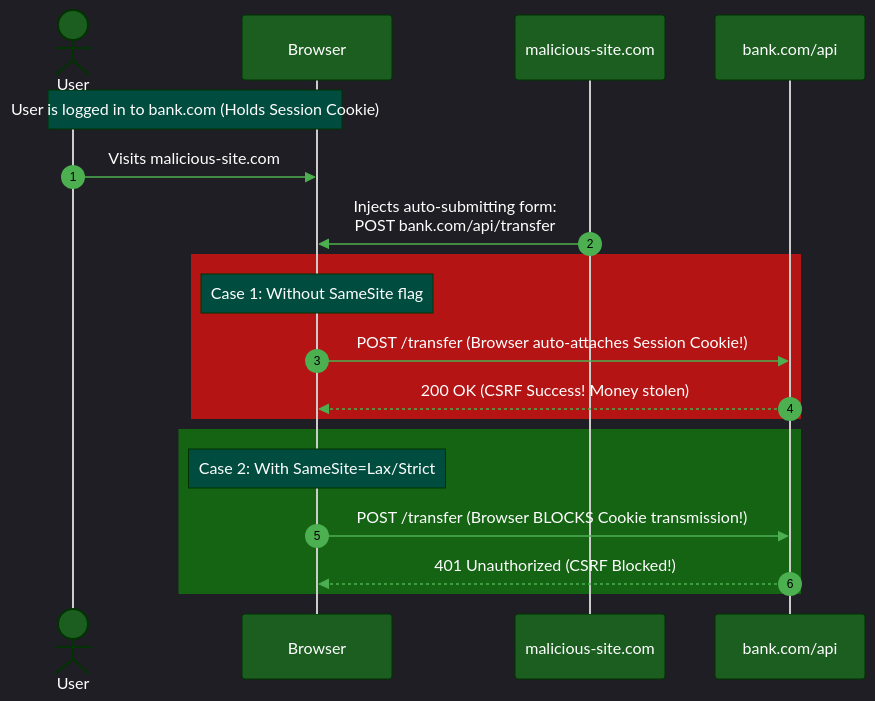
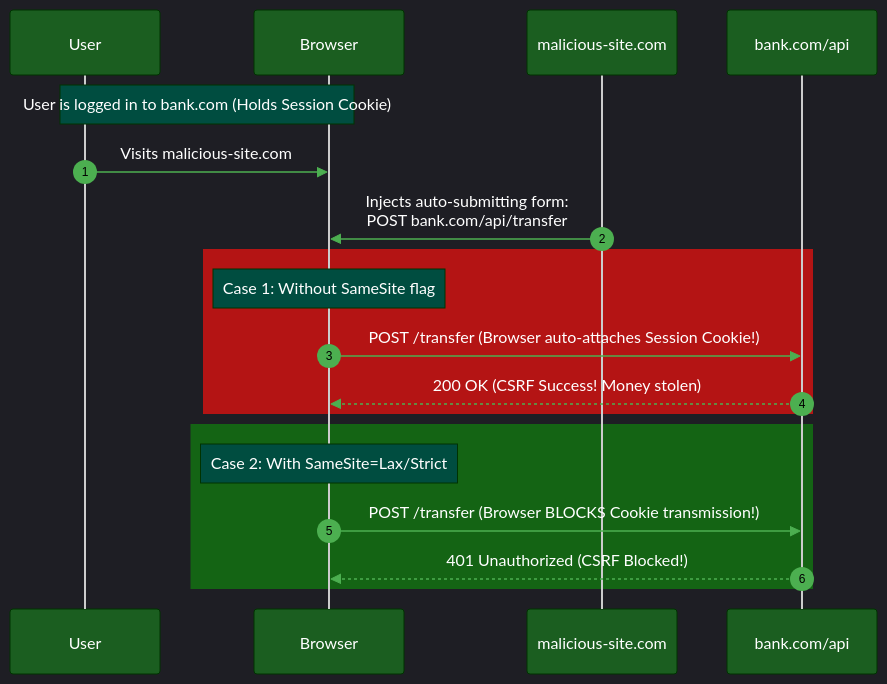
One commit to GuideStack/iblogger-feeds changed the first of 2 diagrams in feeds/security/auth-and-identity-patterns/07-browser-storage-security.md. Above: the diagram before and after it, drawn with Mermaid. The commit also changed 4 other files, not shown here.

Commit message:
style(visual): upgrade remaining sequence diagrams to participant boxes with contrast outlines

````diff
--- a/feeds/security/auth-and-identity-patterns/07-browser-storage-security.md
+++ b/feeds/security/auth-and-identity-patterns/07-browser-storage-security.md
@@ -79,28 +79,28 @@
 ```mermaid
 %%{init: {'theme': 'dark', 'themeVariables': {'actorBkg': '#1b5e20', 'actorBorder': '#003300', 'actorTextColor': '#ffffff', 'signalColor': '#4caf50', 'signalTextColor': '#ffffff', 'noteBkgColor': '#004d40', 'noteBorderColor': '#003300', 'noteTextColor': '#ffffff', 'activationBkgColor': '#2e7d32', 'activationBorderColor': '#003300', 'labelBoxBkgColor': '#003300', 'labelTextColor': '#ffffff', 'loopTextColor': '#ffffff',
     'background': '#1e1e1e'},
-  'themeCSS': 'svg { background-color: #1e1e1e !important; padding: 1rem !important; border-radius: 8px !important; } .edgeLabel rect { fill: #1e1e1e !important; } text, tspan, .messageText, .signalText, .edgeLabel, .edgeLabel span, .pointLabel, .axisLabel, .quadrantTitle, .quadrantLabel { fill: #ffffff !important; color: #ffffff !important; stroke: none !important; }'
+  'themeCSS': 'svg { background-color: #1e1e1e !important; padding: 1rem !important; border-radius: 8px !important; } .edgeLabel rect { fill: #1e1e1e !important; } text, tspan { fill: #ffffff !important; } .messageText, .messageText tspan, .signalText, .signalText tspan { fill: #ffffff !important; stroke: #1e1e1e !important; stroke-width: 3px !important; paint-order: stroke fill !important; stroke-linejoin: round !important; }'
 }}%%
 sequenceDiagram
     autonumber
-    actor User
+    participant User
     participant Browser
     participant Evil as malicious-site.com
     participant API as bank.com/api
 
     Note over User,Browser: User is logged in to bank.com (Holds Session Cookie)
     User->>Browser: Visits malicious-site.com
     Evil->>Browser: Injects auto-submitting form:<br/>POST bank.com/api/transfer
     
     rect rgb(180, 20, 20)
         Note over Browser: Case 1: Without SameSite flag
         Browser->>API: POST /transfer (Browser auto-attaches Session Cookie!)
         API-->>Browser: 200 OK (CSRF Success! Money stolen)
     end
 
     rect rgb(20, 100, 20)
         Note over Browser: Case 2: With SameSite=Lax/Strict
         Browser->>API: POST /transfer (Browser BLOCKS Cookie transmission!)
         API-->>Browser: 401 Unauthorized (CSRF Blocked!)
     end
 ```
````
